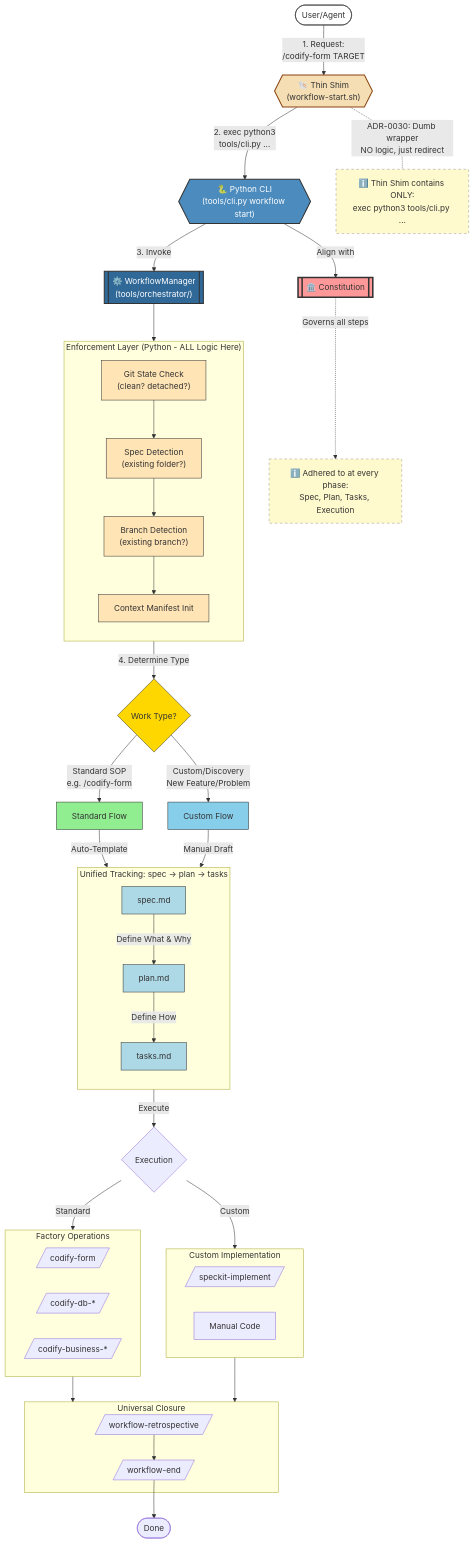
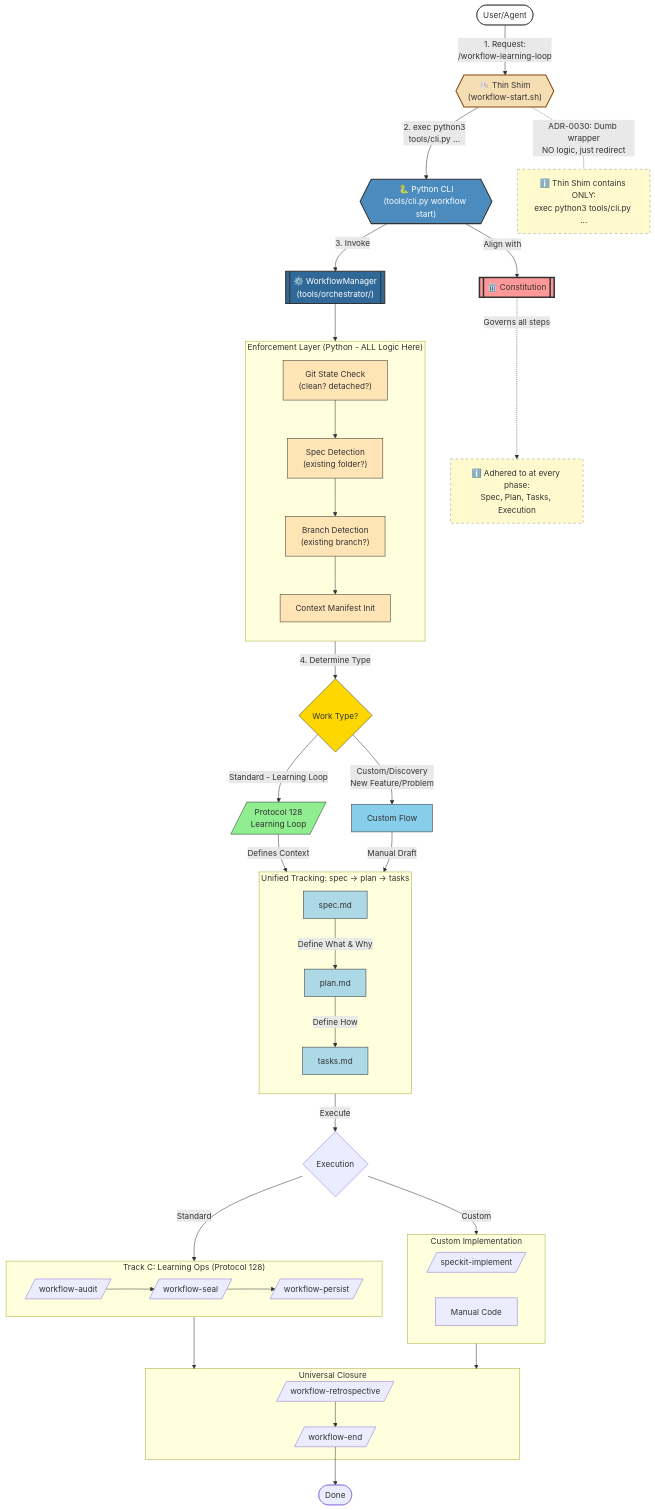
Before and after one commit to richfrem/Project_Sanctuary: the diagram in docs/diagrams/analysis/sdd-workflow-comparison/hybrid-spec-workflow.mmd, drawn with Mermaid. The commit also changed 95 other files, not shown here.

```diff
--- a/docs/diagrams/analysis/sdd-workflow-comparison/hybrid-spec-workflow.mmd
+++ b/docs/diagrams/analysis/sdd-workflow-comparison/hybrid-spec-workflow.mmd
@@ -1,106 +1,112 @@
 graph TD
     User([User/Agent])
     Constitution[["🏛️ Constitution"]]
     ThinShim{{"🐚 Thin Shim<br/>(workflow-start.sh)"}}
     PythonCLI{{"🐍 Python CLI<br/>(tools/cli.py workflow start)"}}
     Orchestrator[["⚙️ WorkflowManager<br/>(tools/orchestrator/)"]]
 
-    User -->|"1. Request:<br/>/codify-form TARGET"| ThinShim
+    User -->|"1. Request:<br/>/workflow-learning-loop"| ThinShim
     
     %% Shim is pass-through
     ThinShim -->|"2. exec python3<br/>tools/cli.py ..."| PythonCLI
     
     %% Constitution aligned at start
     PythonCLI -->|Align with| Constitution
     
     %% Annotation about the shim
     ThinShim -.-|"ADR-0030: Dumb wrapper<br/>NO logic, just redirect"| ShimNote["ℹ️ Thin Shim contains ONLY:<br/>exec python3 tools/cli.py ..."]
     
     %% Constitution governs all
     Constitution -.->|"Governs all steps"| Note["ℹ️ Adhered to at every phase:<br/>Spec, Plan, Tasks, Execution"]
     
     %% Python Orchestrator handles enforcement
     PythonCLI -->|3. Invoke| Orchestrator
     
     subgraph Enforcement ["Enforcement Layer (Python - ALL Logic Here)"]
         direction TB
         GitCheck["Git State Check<br/>(clean? detached?)"]
         SpecCheck["Spec Detection<br/>(existing folder?)"]
         BranchCheck["Branch Detection<br/>(existing branch?)"]
         ContextInit["Context Manifest Init"]
         
         GitCheck --> SpecCheck
         SpecCheck --> BranchCheck
         BranchCheck --> ContextInit
     end
     
     Orchestrator --> GitCheck
     
     %% Router determines TYPE of work
     ContextInit -->|4. Determine Type| TypeCheck{Work Type?}
     
-    TypeCheck -->|Standard SOP<br/>e.g. /codify-form| StandardFlow[Standard Flow]
+    TypeCheck -->|Standard - Learning Loop| Scout[/"Protocol 128<br/>Learning Loop"/]
     TypeCheck -->|Custom/Discovery<br/>New Feature/Problem| CustomFlow[Custom Flow]
     
     %% BOTH tracks create Spec-Plan-Tasks (Unified Tracking)
     subgraph UnifiedTracking ["Unified Tracking: spec → plan → tasks"]
         direction TB
         Spec[spec.md]
         Plan[plan.md]
         Tasks[tasks.md]
         
         Spec -->|Define What & Why| Plan
         Plan -->|Define How| Tasks
     end
     
-    StandardFlow -->|Auto-Template| Spec
+    Scout -->|Defines Context| Spec
     CustomFlow -->|Manual Draft| Spec
     
     %% Execution: Tasks drive work
     Tasks -->|Execute| Execution{Execution}
     
-    %% Standard goes to Factory Ops
-    Execution -->|Standard| FactoryOps
-    subgraph FactoryOps ["Factory Operations"]
-        C_Form[/codify-form/]
-        C_DB[/codify-db-*/]
-        C_Logic[/codify-business-*/]
-    end
+    %% Standard goes to Learning Ops
+    Execution -->|Standard| LearningOps
     
     %% Custom goes to Implementation
     Execution -->|Custom| CustomImpl
     subgraph CustomImpl ["Custom Implementation"]
         Implement[/speckit-implement/]
         ManualCode[Manual Code]
     end
     
+    %% Learning goes to Protocol Ops
+    subgraph LearningOps ["Track C: Learning Ops (Protocol 128)"]
+        Audit[/workflow-audit/]
+        Seal[/workflow-seal/]
+        Persist[/workflow-persist/]
+        Audit --> Seal --> Persist
+    end
+    
     %% Closure
-    FactoryOps --> Closure
+    LearningOps --> Closure
     CustomImpl --> Closure
     
     subgraph Closure ["Universal Closure"]
         Retro[/workflow-retrospective/]
         End[/workflow-end/]
         Retro --> End
     end
     
     End --> Done([Done])
     
+    %% Interaction Links
+    click Scout "https://github.com/richfrem/Project_Sanctuary/blob/main/docs/architecture_diagrams/workflows/protocol_128_learning_loop.mmd" "View Protocol 128 Diagram"
+
     %% Styling
     style User fill:#fff,stroke:#333
     style Constitution fill:#ff9999,stroke:#333,stroke-width:3px
     style ThinShim fill:#f5deb3,stroke:#8b4513,stroke-width:2px
     style ShimNote fill:#fffacd,stroke:#999,stroke-dasharray:5
     style PythonCLI fill:#4B8BBE,stroke:#333,stroke-width:2px,color:#fff
     style Orchestrator fill:#306998,stroke:#333,stroke-width:2px,color:#fff
     style Note fill:#fffacd,stroke:#999,stroke-dasharray:5
     style GitCheck fill:#ffe4b5,stroke:#333
     style SpecCheck fill:#ffe4b5,stroke:#333
     style BranchCheck fill:#ffe4b5,stroke:#333
     style ContextInit fill:#ffe4b5,stroke:#333
     style TypeCheck fill:#FFD700,stroke:#333
     style Spec fill:#ADD8E6,stroke:#333
     style Plan fill:#ADD8E6,stroke:#333
     style Tasks fill:#ADD8E6,stroke:#333
-    style StandardFlow fill:#90EE90,stroke:#333
+    style Scout fill:#90EE90,stroke:#333
     style CustomFlow fill:#87CEEB,stroke:#333
```
